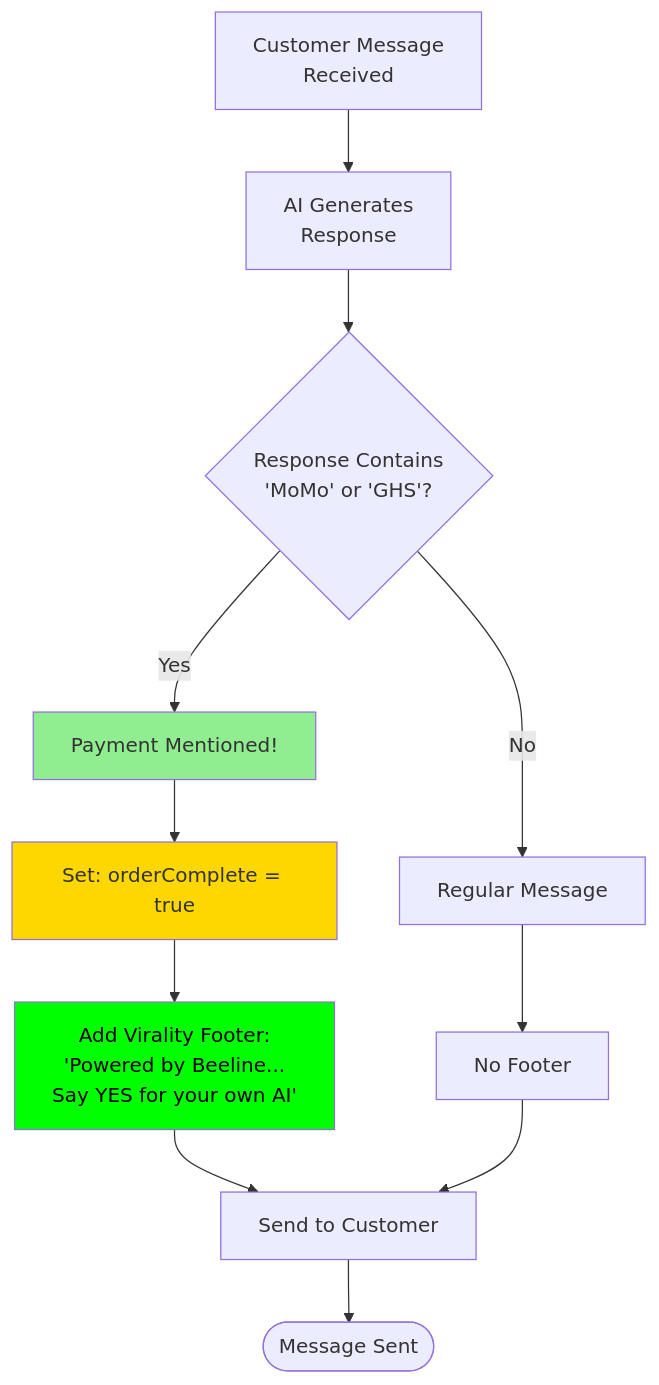
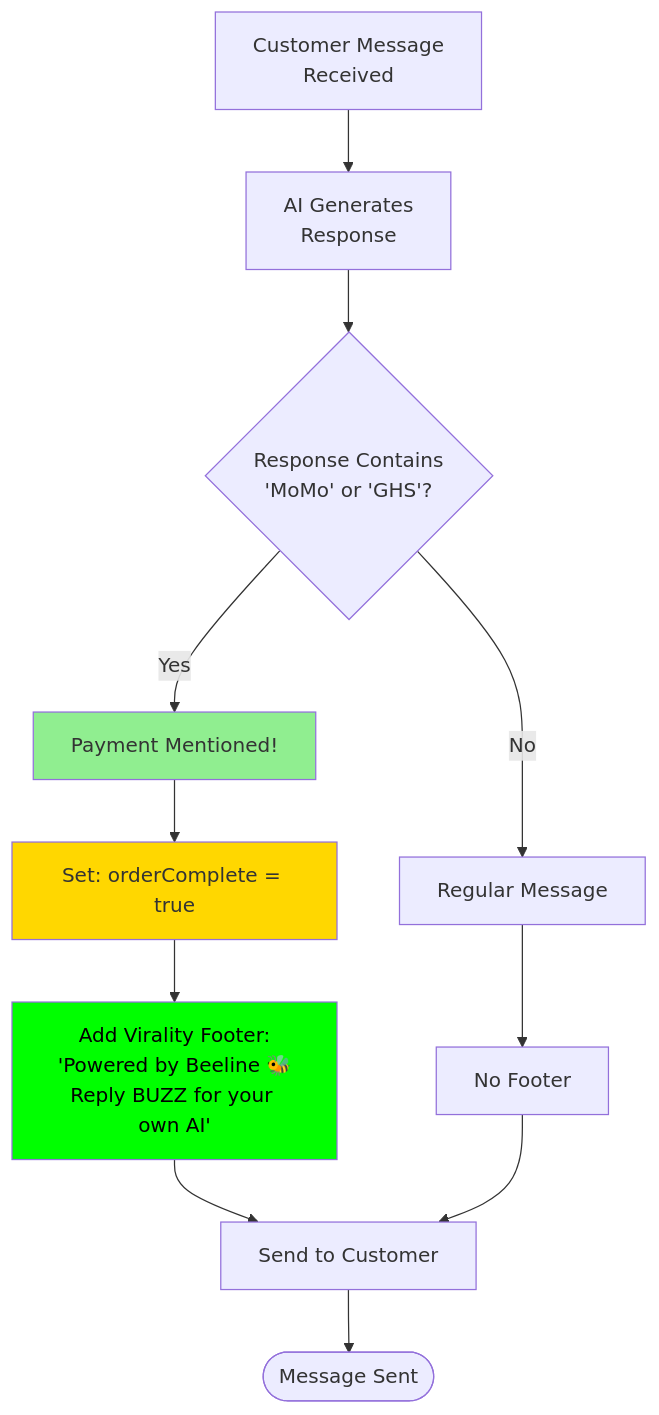
Diagram 11 of 11 in docs/ARCHITECTURE-DIAGRAMS.md (nanayawjoshua/whatsapp-ai-platform), drawn with Mermaid before and after one commit. The commit also changed other lines of this file and 10 other files, not shown here.

````diff
--- a/docs/ARCHITECTURE-DIAGRAMS.md
+++ b/docs/ARCHITECTURE-DIAGRAMS.md
@@ -435,23 +442,23 @@
 ```mermaid
 flowchart TD
     Start[Customer Message<br/>Received] --> Process[AI Generates<br/>Response]
 
     Process --> Check{Response Contains<br/>'MoMo' or 'GHS'?}
 
     Check -->|Yes| Payment[Payment Mentioned!]
     Check -->|No| NoPayment[Regular Message]
 
     Payment --> Flag[Set: orderComplete = true]
-    Flag --> Footer[Add Virality Footer:<br/>'Powered by Beeline...<br/>Say YES for your own AI']
+    Flag --> Footer[Add Virality Footer:<br/>'Powered by Beeline 🐝<br/>Reply BUZZ for your own AI']
 
     NoPayment --> NoFooter[No Footer]
 
     Footer --> Send[Send to Customer]
     NoFooter --> Send
 
     Send --> End([Message Sent])
 
     style Payment fill:#90EE90
     style Flag fill:#FFD700
     style Footer fill:#00FF00,color:#000
 ```
````
